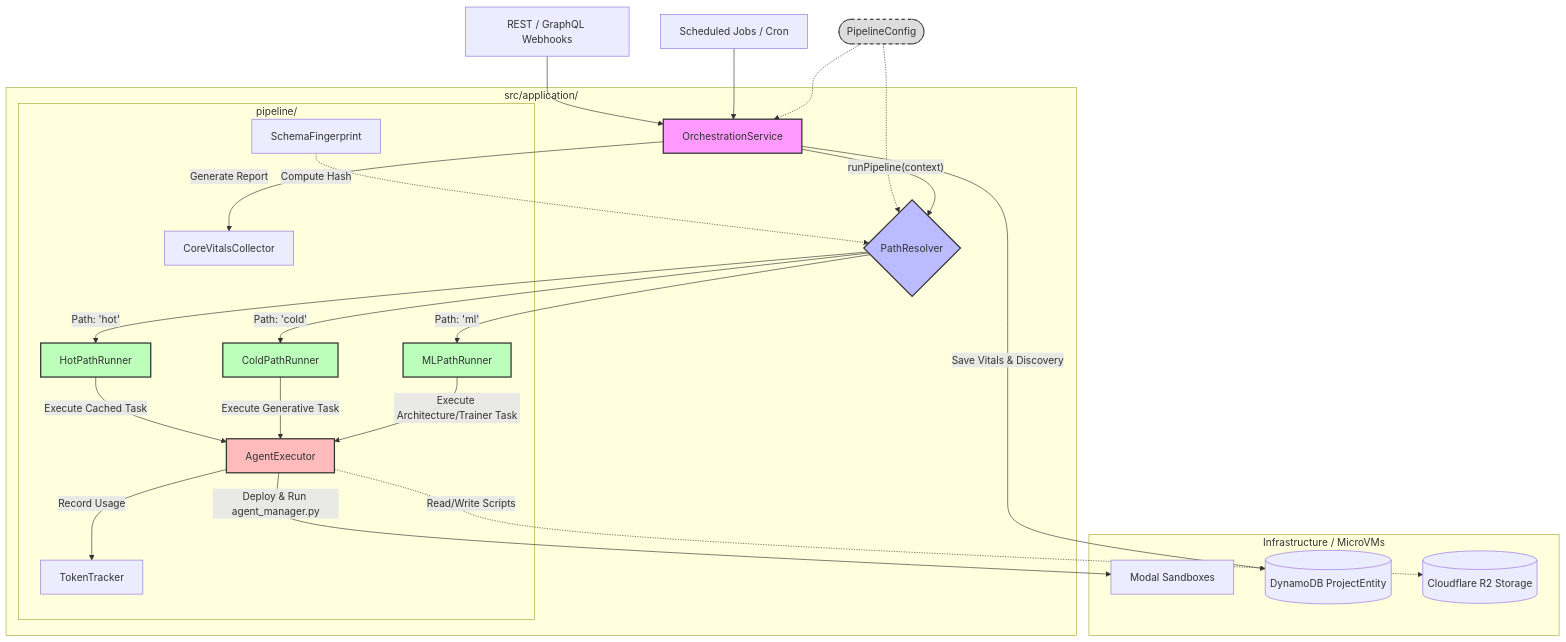
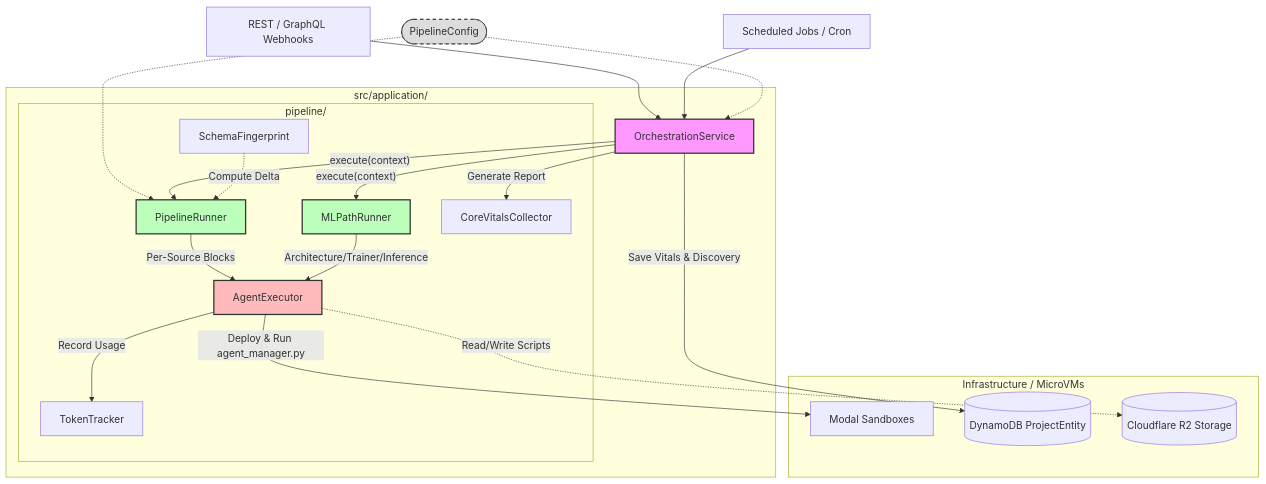
One commit to AdrianTuci1/sentry-data changed the diagram in sentry-backend/src/application/ARCHITECTURE.md. Above: the diagram before and after it, drawn with Mermaid. The commit also changed other lines of this file and 23 other files, not shown here.

````diff
--- a/sentry-backend/src/application/ARCHITECTURE.md
+++ b/sentry-backend/src/application/ARCHITECTURE.md
@@ -5,62 +5,54 @@
 ```mermaid
 flowchart TD
     %% Define Styles
     classDef service fill:#f9f,stroke:#333,stroke-width:2px;
-    classDef resolver fill:#bbf,stroke:#333,stroke-width:2px;
     classDef runner fill:#bfb,stroke:#333,stroke-width:2px;
     classDef executor fill:#fbb,stroke:#333,stroke-width:2px;
     classDef config fill:#ddd,stroke:#333,stroke-width:1px,stroke-dasharray: 5 5;
 
     %% Entry Points
     API["REST / GraphQL Webhooks"] --> OS
     Cron["Scheduled Jobs / Cron"] --> OS
 
     %% Orchestration & Config
     PC(["PipelineConfig"]):::config -.-> OS
     PC -.-> PR
     
     subgraph ApplicationLayer ["src/application/"]
         OS["OrchestrationService"]:::service
-        PR{"PathResolver"}:::resolver
         
         %% Runners
         subgraph Pipeline ["pipeline/"]
-            HR["HotPathRunner"]:::runner
-            CR["ColdPathRunner"]:::runner
+            PR["PipelineRunner"]:::runner
             MR["MLPathRunner"]:::runner
             
             AE["AgentExecutor"]:::executor
             TT["TokenTracker"]
             CV["CoreVitalsCollector"]
             SF["SchemaFingerprint"]
         end
     end
 
     %% Flow
-    OS -->|"runPipeline(context)"| PR
-    SF -.->|"Compute Hash"| PR
+    OS -->|"execute(context)"| PR
+    OS -->|"execute(context)"| MR
+    SF -.->|"Compute Delta"| PR
     
-    PR -->|"Path: 'hot'"| HR
-    PR -->|"Path: 'cold'"| CR
-    PR -->|"Path: 'ml'"| MR
-
-    %% Executor relationship
-    HR -->|"Execute Cached Task"| AE
-    CR -->|"Execute Generative Task"| AE
-    MR -->|"Execute Architecture/Trainer Task"| AE
+    PR -->|"Per-Source Blocks"| AE
+    MR -->|"Architecture/Trainer/Inference"| AE
 
     %% Telemetry
     AE -->|"Record Usage"| TT
     OS -->|"Generate Report"| CV
 
-    %% External Dependencies (Conceptual)
+    %% External Dependencies
     subgraph External ["Infrastructure / MicroVMs"]
         Modal["Modal Sandboxes"]
         Dynamo[("DynamoDB ProjectEntity")]
         R2[("Cloudflare R2 Storage")]
     end
 
     AE -->|"Deploy & Run agent_manager.py"| Modal
     OS -->|"Save Vitals & Discovery"| Dynamo
     AE -.->|"Read/Write Scripts"| R2
 ```
````
